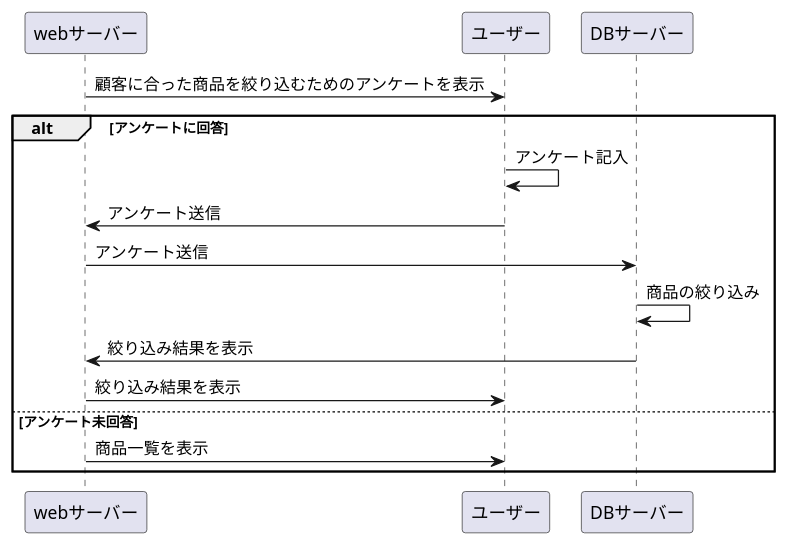
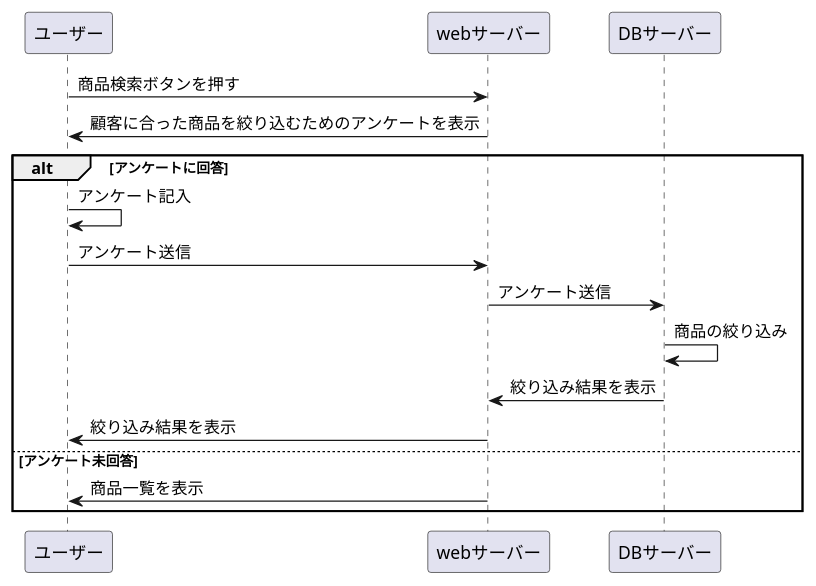
One commit to aso2001362/2021sys-design changed the third of 3 diagrams in Mysite_gyoumufrow.md. Above: the diagram before and after it, drawn with PlantUML.

````diff
--- a/Mysite_gyoumufrow.md
+++ b/Mysite_gyoumufrow.md
@@ -60,15 +60,16 @@
 ```uml
 @startuml
+ユーザー -> webサーバー:商品検索ボタンを押す
 webサーバー -> ユーザー:顧客に合った商品を絞り込むためのアンケートを表示
 alt アンケートに回答
 ユーザー -> ユーザー:アンケート記入
 ユーザー ->webサーバー:アンケート送信
 webサーバー -> DBサーバー:アンケート送信
 DBサーバー -> DBサーバー:商品の絞り込み
 DBサーバー -> webサーバー:絞り込み結果を表示
 webサーバー -> ユーザー:絞り込み結果を表示
 else アンケート未回答
 webサーバー -> ユーザー:商品一覧を表示
 end
 @enduml
 ```
````
